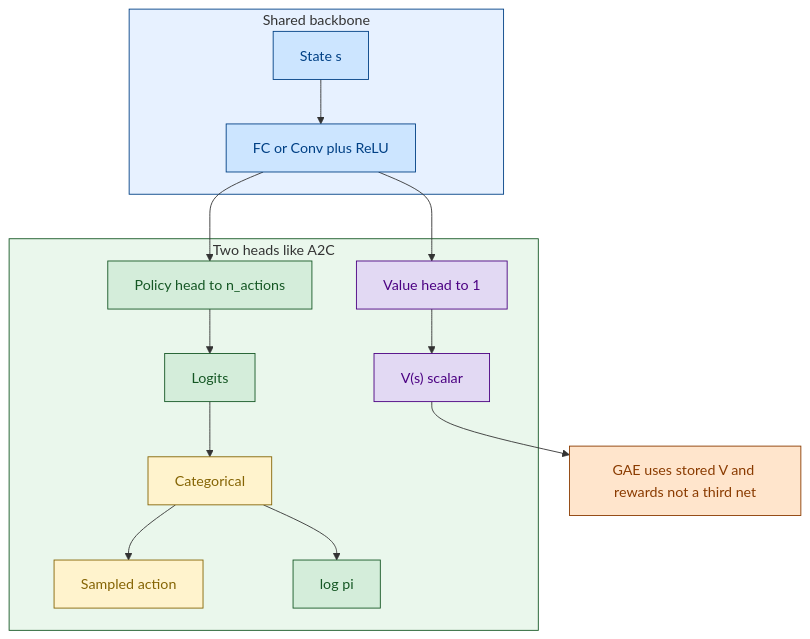
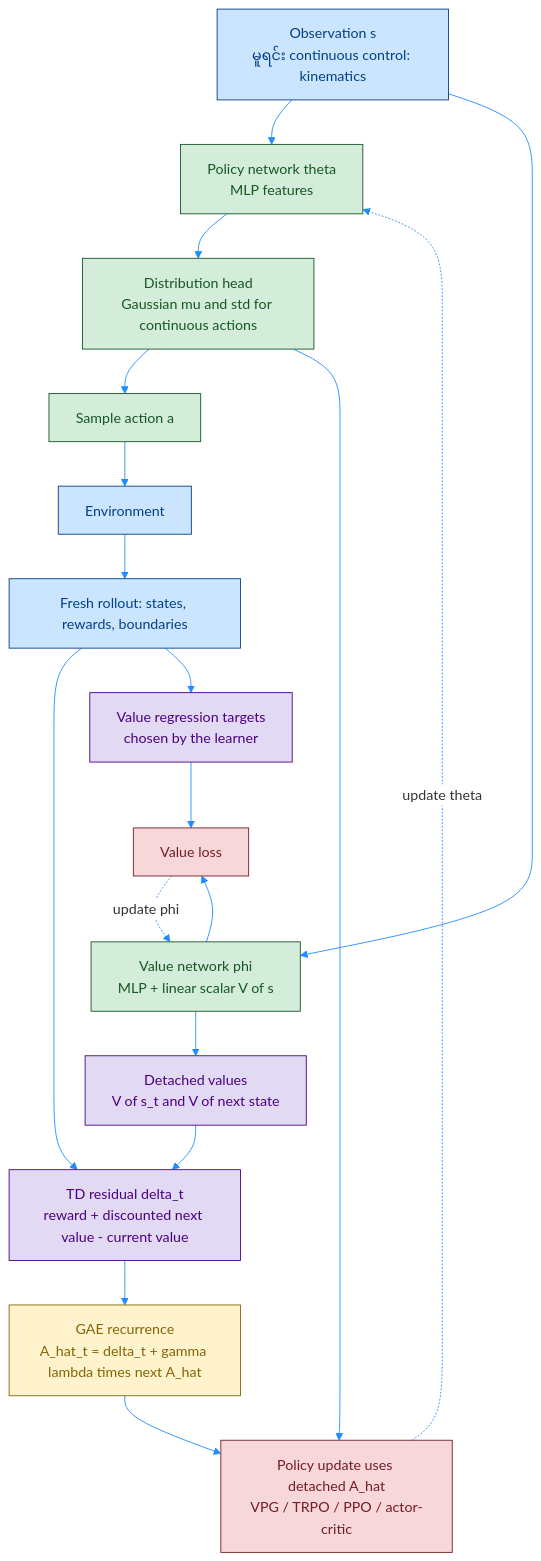
One commit to Open-Source-Robotics-For-Myanmar/rl changed the first of 3 diagrams in Day81 RL python/02_Miguel Morales - Grokking Deep Reinforcement Learning/02_rl_with_dl/rom_photos/09_1_PB_GAE.md. Above: the diagram before and after it, drawn with Mermaid. The commit also changed other lines of this file and 5 other files, not shown here.

Commit message:
docs: organize paper and architecture notes in README

````diff
--- a/Day81 RL python/02_Miguel Morales - Grokking Deep Reinforcement Learning/02_rl_with_dl/rom_photos/09_1_PB_GAE.md
+++ b/Day81 RL python/02_Miguel Morales - Grokking Deep Reinforcement Learning/02_rl_with_dl/rom_photos/09_1_PB_GAE.md
@@ -86,27 +23,32 @@
 ```mermaid
+%%{init: {'theme': 'base', 'themeVariables': { 'primaryColor': '#ffffff', 'lineColor': '#218bff'}}}%%
 flowchart TD
-    subgraph Backbone["Shared backbone"]
-        S["State s"]:::shared --> H["FC or Conv plus ReLU"]:::shared
-    end
+    S["Observation s<br/>မူရင်း continuous control: kinematics"] --> P["Policy network theta<br/>MLP features"]
+    P --> D["Distribution head<br/>Gaussian mu and std for continuous actions"]
+    D --> A["Sample action a"]
+    A --> E["Environment"]
+    E --> B["Fresh rollout: states, rewards, boundaries"]
+    S --> V["Value network phi<br/>MLP + linear scalar V of s"]
+    V --> VS["Detached values<br/>V of s_t and V of next state"]
+    B --> TD["TD residual delta_t<br/>reward + discounted next value - current value"]
+    VS --> TD
+    TD --> G["GAE recurrence<br/>A_hat_t = delta_t + gamma lambda times next A_hat"]
+    G --> L["Policy update uses detached A_hat<br/>VPG / TRPO / PPO / actor-critic"]
+    D --> L
+    L -.->|"update theta"| P
+    B --> TV["Value regression targets<br/>chosen by the learner"]
+    TV --> LV["Value loss"]
+    V --> LV
+    LV -.->|"update phi"| V
 
-    subgraph Heads["Two heads like A2C"]
-        H --> PHead["Policy head to n_actions"]:::policy
-        PHead --> Logits["Logits"]:::policy
-        Logits --> Dist["Categorical"]:::sample
-        Dist --> Act["Sampled action"]:::sample
-        Dist --> LP["log pi"]:::policy
-        H --> VHead["Value head to 1"]:::value
-        VHead --> Vs["V(s) scalar"]:::value
-    end
-
-    Vs --> GAE["GAE uses stored V and rewards not a third net"]:::extra
-
-    classDef shared fill:#cce5ff,stroke:#004085,color:#004085
-    classDef policy fill:#d4edda,stroke:#155724,color:#155724
-    classDef sample fill:#fff3cd,stroke:#856404,color:#856404
-    classDef value fill:#e2d9f3,stroke:#4b0082,color:#4b0082
-    classDef extra fill:#ffe5cc,stroke:#8a3b00,color:#8a3b00
-
-    style Backbone fill:#e7f1ff,stroke:#004085
-    style Heads fill:#eaf7ec,stroke:#155724
+    classDef data fill:#cce5ff,stroke:#004085,stroke-width:1px,color:#004085;
+    classDef network fill:#d4edda,stroke:#155724,stroke-width:1px,color:#155724;
+    classDef advantage fill:#fff3cd,stroke:#856404,stroke-width:1px,color:#856404;
+    classDef target fill:#e2d9f3,stroke:#4b0082,stroke-width:1px,color:#4b0082;
+    classDef train fill:#f8d7da,stroke:#721c24,stroke-width:1px,color:#721c24;
+    class S,E,B data;
+    class P,D,A,V network;
+    class G advantage;
+    class VS,TD,TV target;
+    class L,LV train;
 ```
````
